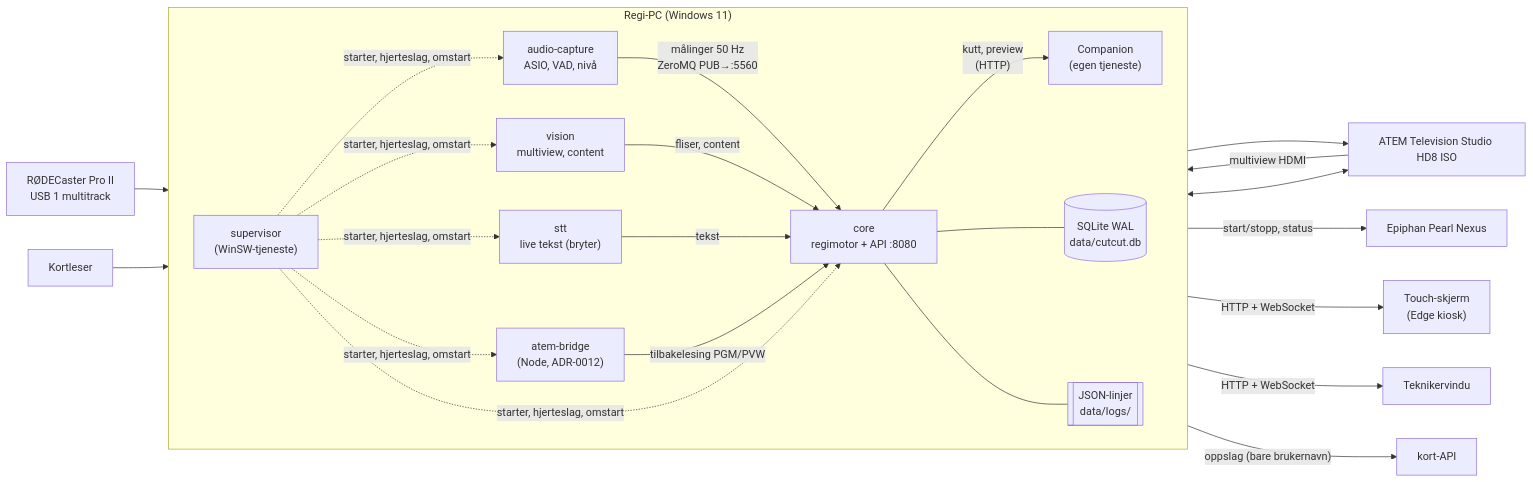
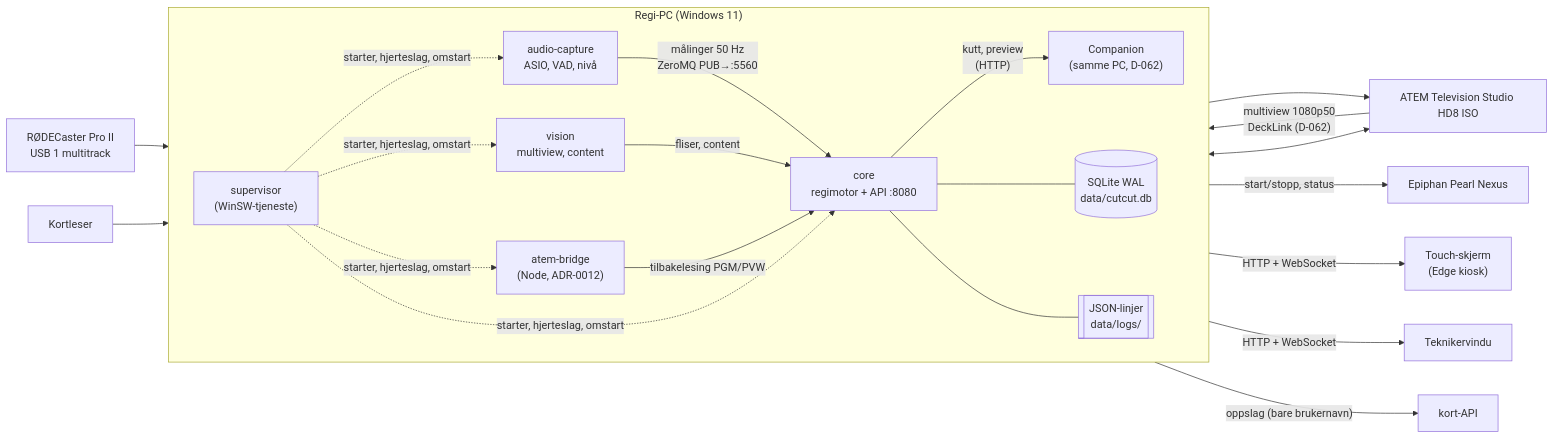
The first of 5 diagrams in docs/architecture/README.md (multimediesenteret/CutCutStudio), drawn with Mermaid before and after one commit. The commit also changed other lines of this file and 46 other files, not shown here.

First line of the commit message:
feat(vision): DeckLink-kortet, to nettverkskort og support-e-post

````diff
--- a/docs/architecture/README.md
+++ b/docs/architecture/README.md
@@ -11,32 +11,30 @@
 ```mermaid
 flowchart LR
   subgraph PC["Regi-PC (Windows 11)"]
     direction LR
     SUP["supervisor<br/>(WinSW-tjeneste)"]
     AUD["audio-capture<br/>ASIO, VAD, nivå"]
     VIS["vision<br/>multiview, content"]
-    STT["stt<br/>live tekst (bryter)"]
     CORE["core<br/>regimotor + API :8080"]
     BRIDGE["atem-bridge<br/>(Node, ADR-0012)"]
-    COMP["Companion<br/>(egen tjeneste)"]
+    COMP["Companion<br/>(samme PC, D-062)"]
     DB[("SQLite WAL<br/>data/cutcut.db")]
     LOGS[["JSON-linjer<br/>data/logs/"]]
   end
   RODE["RØDECaster Pro II<br/>USB 1 multitrack"] --> AUD
-  ATEM["ATEM Television Studio HD8 ISO"] -- multiview HDMI --> VIS
+  ATEM["ATEM Television Studio HD8 ISO"] -- "multiview 1080p50<br/>DeckLink (D-062)" --> VIS
   AUD -- "målinger 50 Hz<br/>ZeroMQ PUB→:5560" --> CORE
   VIS -- "fliser, content" --> CORE
-  STT -- tekst --> CORE
   CORE -- "kutt, preview<br/>(HTTP)" --> COMP
   COMP --> ATEM
   BRIDGE -- "tilbakelesing PGM/PVW" --> CORE
   ATEM <--> BRIDGE
   CORE -- "start/stopp, status" --> PEARL["Epiphan Pearl Nexus"]
   CORE --- DB
   CORE --- LOGS
-  SUP -. "starter, hjerteslag, omstart" .-> AUD & VIS & STT & CORE & BRIDGE
+  SUP -. "starter, hjerteslag, omstart" .-> AUD & VIS & CORE & BRIDGE
   CORE -- "HTTP + WebSocket" --> TOUCH["Touch-skjerm<br/>(Edge kiosk)"]
   CORE -- "HTTP + WebSocket" --> TECH["Teknikervindu"]
   CARD["Kortleser"] --> CORE
   CORE -- "oppslag (bare brukernavn)" --> Multimediesenteret["kort-API"]
 ```
````
